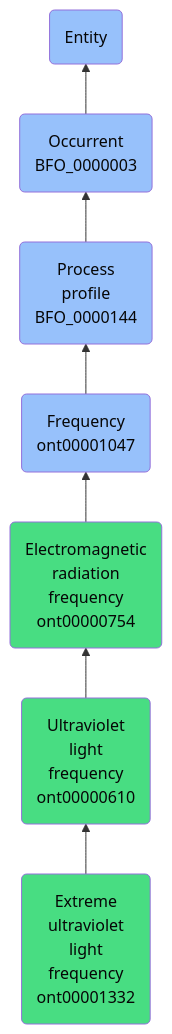
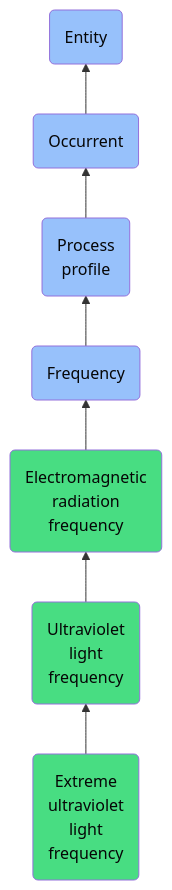
The diagram in docs/ontology/reference/model/Entity/Occurrent/Process profile/Frequency/Electromagnetic radiation frequency/Ultraviolet light frequency/Extreme ultraviolet light frequency/Extreme ultraviolet light frequency.md (jupyter-naas/abi), drawn with Mermaid before and after one commit. The commit also changed other lines of this file and 1430 other files, not shown here.

````diff
--- a/docs/ontology/reference/model/Entity/Occurrent/Process profile/Frequency/Electromagnetic radiation frequency/Ultraviolet light frequency/Extreme ultraviolet light frequency/Extreme ultraviolet light frequency.md
+++ b/docs/ontology/reference/model/Entity/Occurrent/Process profile/Frequency/Electromagnetic radiation frequency/Ultraviolet light frequency/Extreme ultraviolet light frequency/Extreme ultraviolet light frequency.md
@@ -24,14 +24,14 @@
 ```mermaid
 graph BT
-    ont00001332(Extreme<br>ultraviolet<br>light<br>frequency<br>ont00001332):::ABI-->ont00000610
-    ont00000610(Ultraviolet<br>light<br>frequency<br>ont00000610):::ABI-->ont00000754
-    ont00000754(Electromagnetic<br>radiation<br>frequency<br>ont00000754):::ABI-->ont00001047
-    ont00001047(Frequency<br>ont00001047):::BFO-->BFO_0000144
-    BFO_0000144(Process<br>profile<br>BFO_0000144):::BFO-->BFO_0000003
-    BFO_0000003(Occurrent<br>BFO_0000003):::BFO-->BFO_0000001
+    ont00001332(Extreme<br>ultraviolet<br>light<br>frequency):::ABI-->ont00000610
+    ont00000610(Ultraviolet<br>light<br>frequency):::ABI-->ont00000754
+    ont00000754(Electromagnetic<br>radiation<br>frequency):::ABI-->ont00001047
+    ont00001047(Frequency):::BFO-->BFO_0000144
+    BFO_0000144(Process<br>profile):::BFO-->BFO_0000003
+    BFO_0000003(Occurrent):::BFO-->BFO_0000001
     BFO_0000001(Entity):::BFO
     
     classDef BFO fill:#97c1fb,color:#060606
     classDef CCO fill:#e4c51e,color:#060606
     classDef ABI fill:#48DD82,color:#060606
 ```
````
